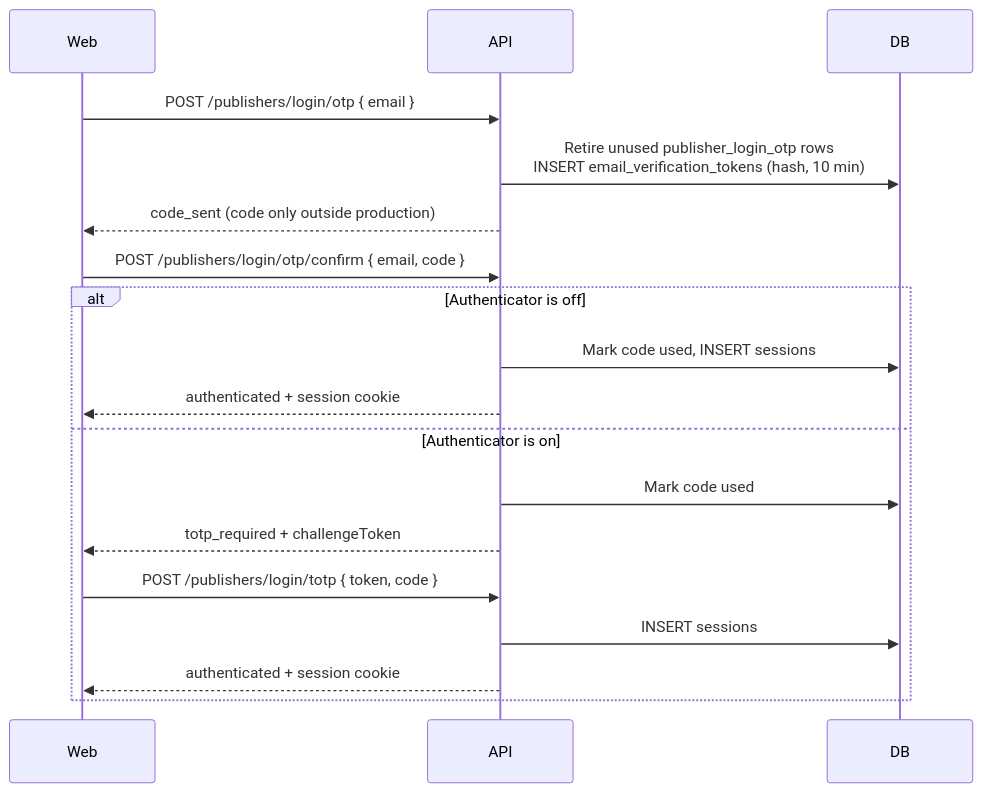
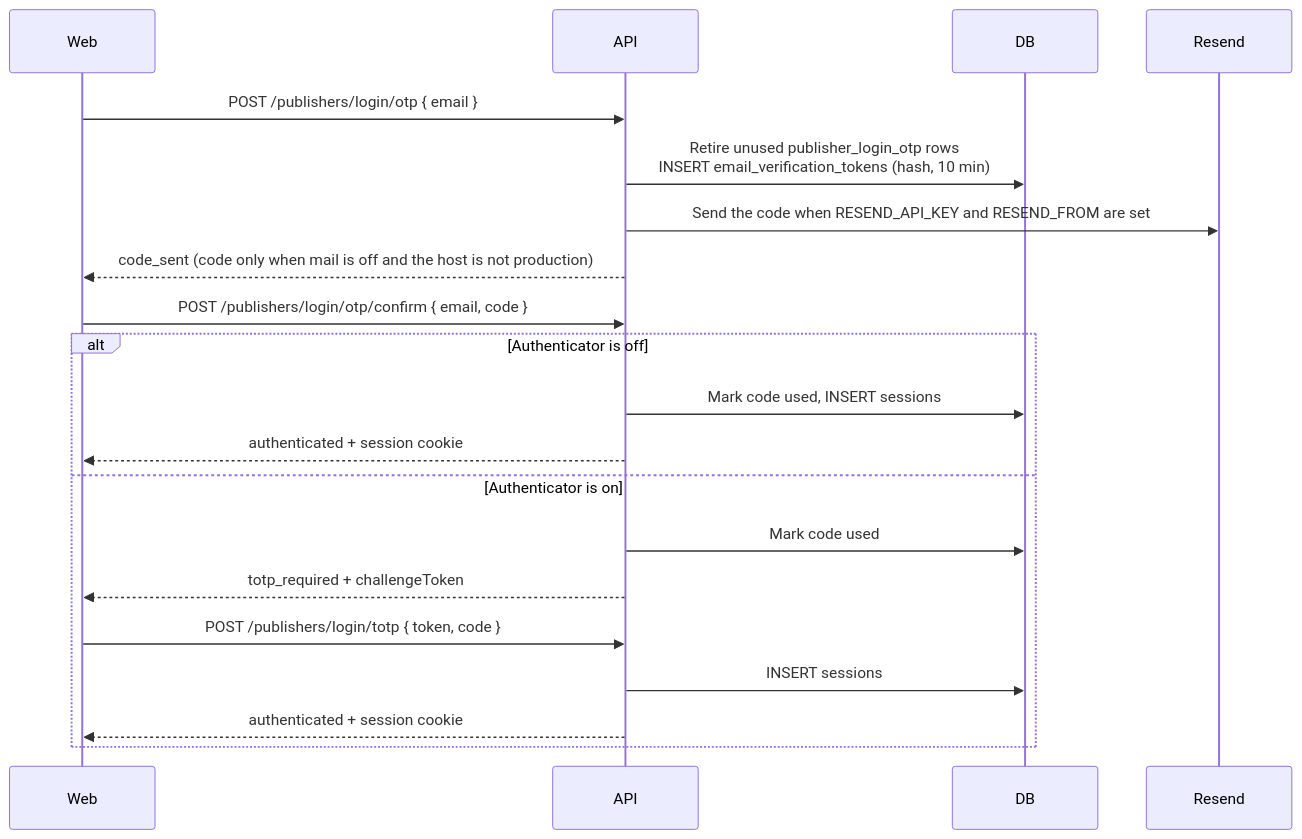
One commit to BradleySmallbottoms/evently changed the diagram in docs/flows/publisher-login.md. Above: the diagram before and after it, drawn with Mermaid. The commit also changed other lines of this file and 18 other files, not shown here.

First line of the commit message:
Enhance publisher login flow with email code delivery via SES

````diff
--- a/docs/flows/publisher-login.md
+++ b/docs/flows/publisher-login.md
@@ -24,20 +27,22 @@
 ```mermaid
 sequenceDiagram
   participant Web
   participant API
   participant DB
+  participant Resend
   Web->>API: POST /publishers/login/otp { email }
   API->>DB: Retire unused publisher_login_otp rows<br/>INSERT email_verification_tokens (hash, 10 min)
-  API-->>Web: code_sent (code only outside production)
+  API->>Resend: Send the code when RESEND_API_KEY and RESEND_FROM are set
+  API-->>Web: code_sent (code only when mail is off and the host is not production)
   Web->>API: POST /publishers/login/otp/confirm { email, code }
   alt Authenticator is off
     API->>DB: Mark code used, INSERT sessions
     API-->>Web: authenticated + session cookie
   else Authenticator is on
     API->>DB: Mark code used
     API-->>Web: totp_required + challengeToken
     Web->>API: POST /publishers/login/totp { token, code }
     API->>DB: INSERT sessions
     API-->>Web: authenticated + session cookie
   end
 ```
````
